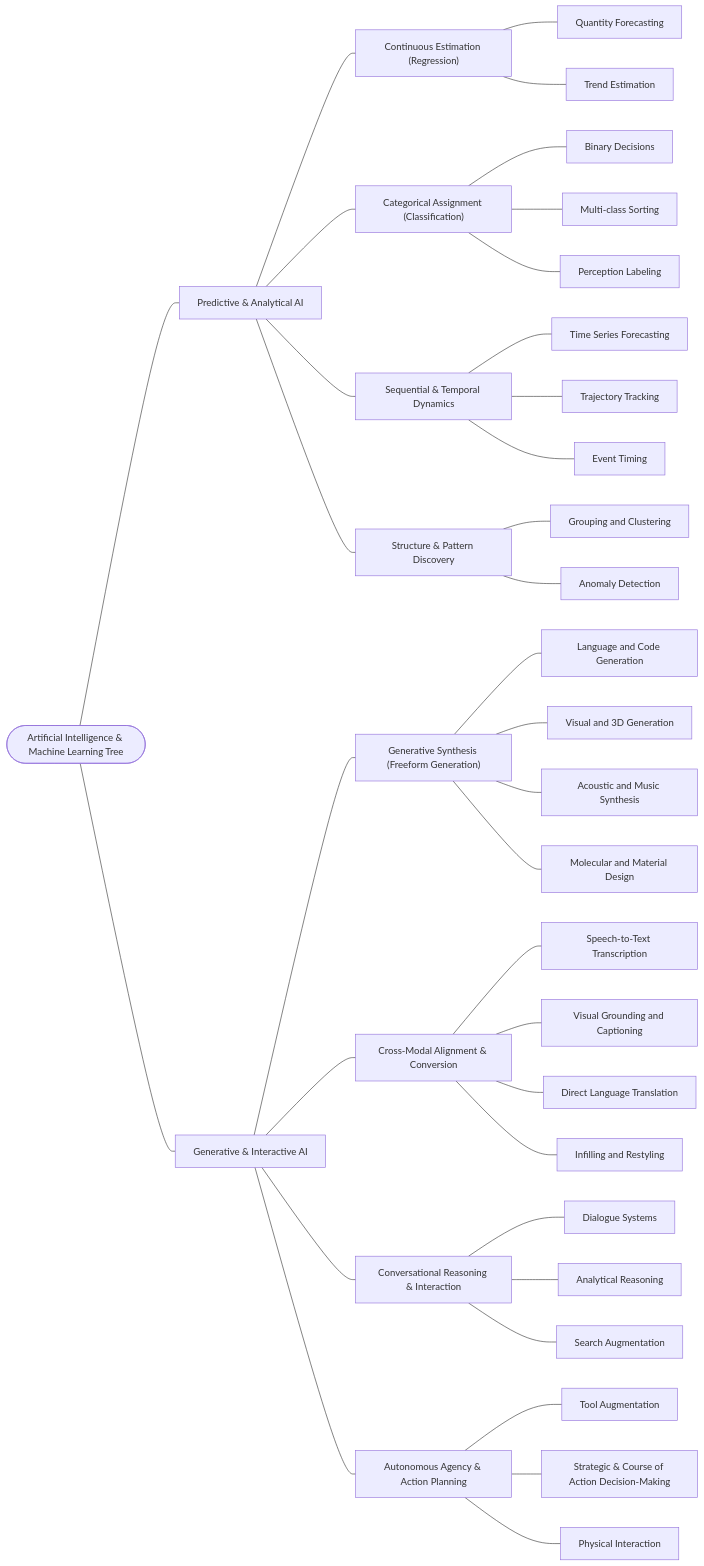
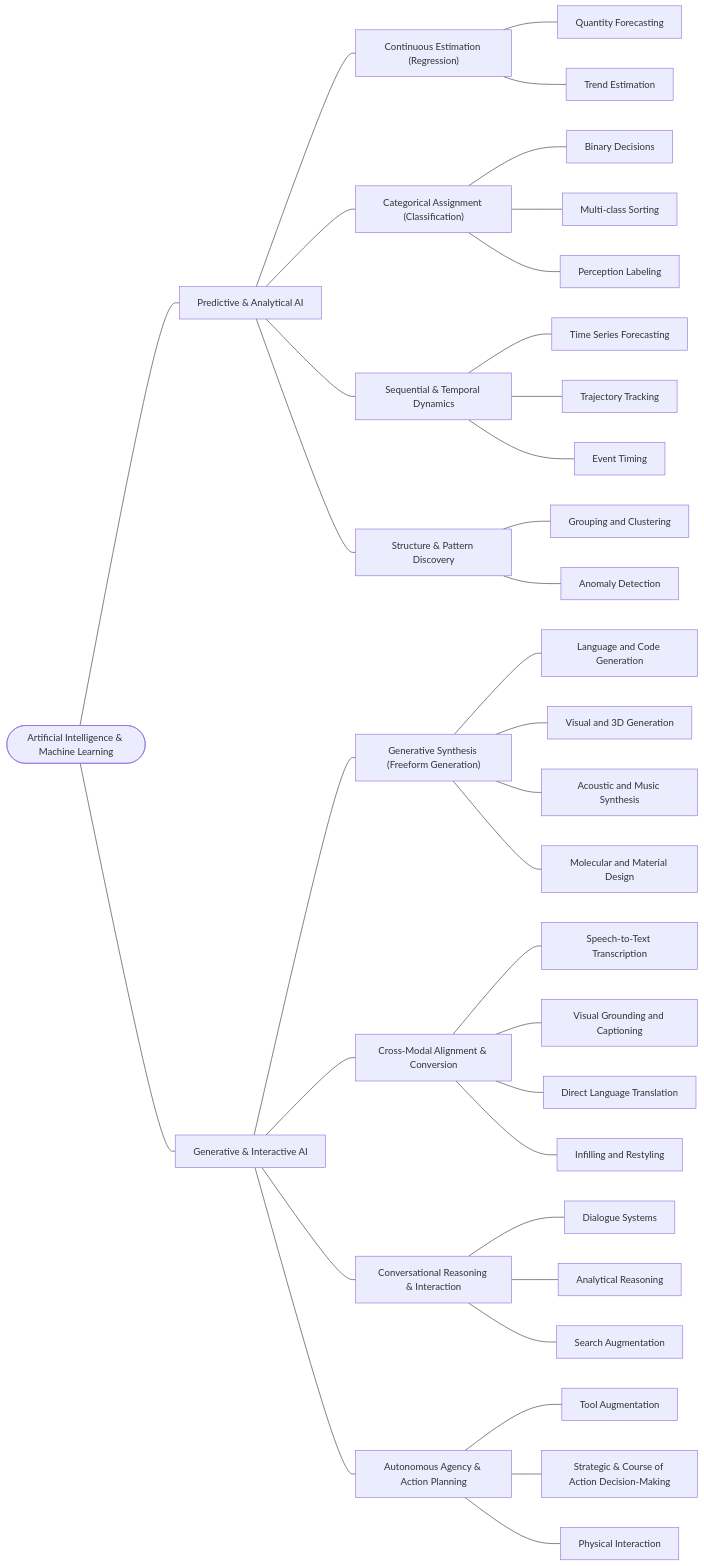
One commit to THEGerm/AI-Chart changed the diagram in charts/AI_tree.mmd. Above: the diagram before and after it, drawn with Mermaid.

Commit message:
Update title in AI_tree.mmd

```diff
--- a/charts/AI_tree.mmd
+++ b/charts/AI_tree.mmd
@@ -1,46 +1,46 @@
 flowchart LR
-    AI(["Artificial Intelligence & Machine Learning Tree"]):::ucRoot
+    AI(["Artificial Intelligence & Machine Learning"]):::ucRoot
     
     AI --- B1["Predictive & Analytical AI"]:::ucBlue
     
     B1 --- B1A["Continuous Estimation (Regression)"]:::ucGreen
     B1A --- B1A1["Quantity Forecasting"]
     B1A --- B1A2["Trend Estimation"]
     
     B1 --- B1B["Categorical Assignment (Classification)"]:::ucGreen
     B1B --- B1B1["Binary Decisions"]
     B1B --- B1B2["Multi-class Sorting"]
     B1B --- B1B3["Perception Labeling"]
     
     B1 --- B1C["Sequential & Temporal Dynamics"]:::ucGreen
     B1C --- B1C1["Time Series Forecasting"]
     B1C --- B1C2["Trajectory Tracking"]
     B1C --- B1C3["Event Timing"]
     
     B1 --- B1D["Structure & Pattern Discovery"]:::ucGreen
     B1D --- B1D1["Grouping and Clustering"]
     B1D --- B1D2["Anomaly Detection"]
     
     AI --- B2["Generative & Interactive AI"]:::ucOrange
     
     B2 --- B2A["Generative Synthesis (Freeform Generation)"]:::ucYellow
     B2A --- B2A1["Language and Code Generation"]
     B2A --- B2A2["Visual and 3D Generation"]
     B2A --- B2A3["Acoustic and Music Synthesis"]
     B2A --- B2A4["Molecular and Material Design"]
     
     B2 --- B2B["Cross-Modal Alignment & Conversion"]:::ucYellow
     B2B --- B2B1["Speech-to-Text Transcription"]
     B2B --- B2B2["Visual Grounding and Captioning"]
     B2B --- B2B3["Direct Language Translation"]
     B2B --- B2B4["Infilling and Restyling"]
     
     B2 --- B2C["Conversational Reasoning & Interaction"]:::ucYellow
     B2C --- B2C1["Dialogue Systems"]
     B2C --- B2C2["Analytical Reasoning"]
     B2C --- B2C3["Search Augmentation"]
     
     B2 --- B2D["Autonomous Agency & Action Planning"]:::ucYellow
     B2D --- B2D1["Tool Augmentation"]
     B2D --- B2D2["Strategic & Course of Action Decision-Making"]
     B2D --- B2D3["Physical Interaction"]
```
